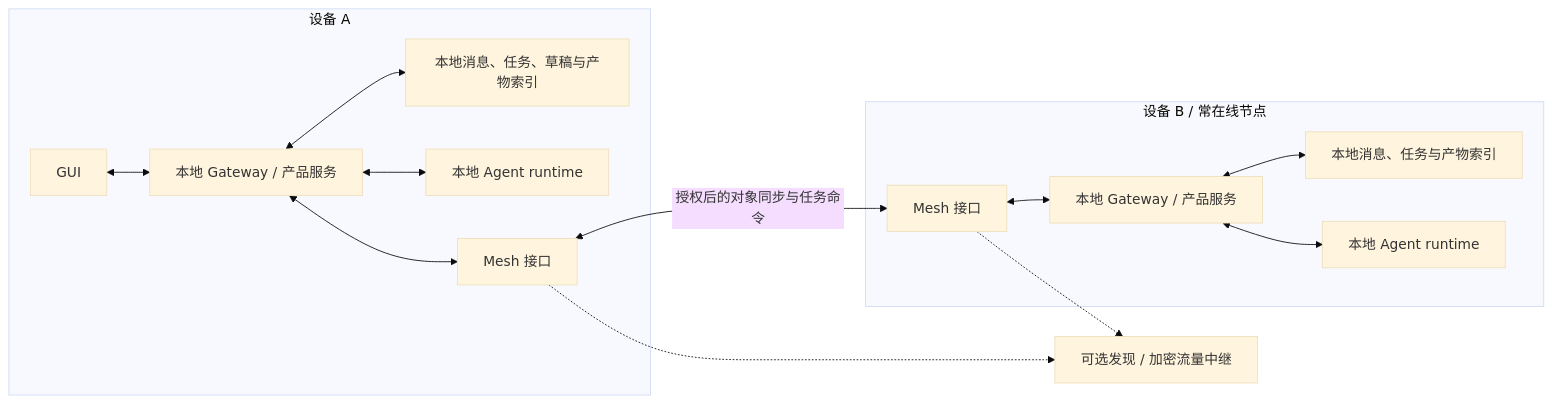
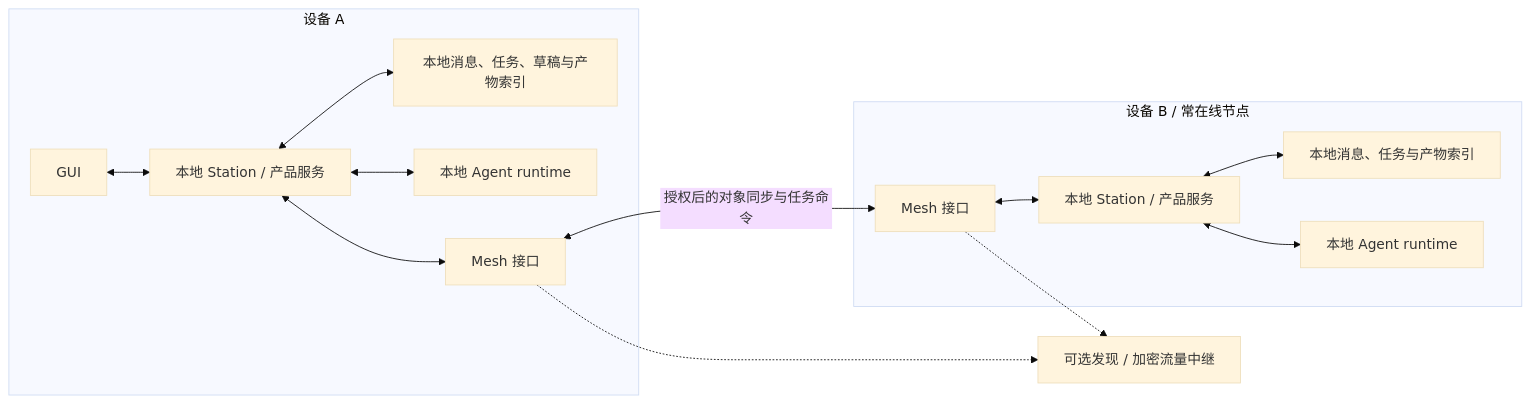
The diagram in docs/local-first-cue.md (HOOLC/open-worker), drawn with Mermaid (base theme) before and after one commit. The commit also changed other lines of this file and 195 other files, not shown here.

Commit message:
Rename Gateway to Station and refresh Zork project identity

````diff
--- a/docs/local-first-cue.md
+++ b/docs/local-first-cue.md
@@ -62,17 +62,17 @@
 ```mermaid
 flowchart LR
   subgraph A[设备 A]
-    UA[GUI] <--> GA[本地 Gateway / 产品服务]
+    UA[GUI] <--> GA[本地 Station / 产品服务]
     GA <--> DA[本地消息、任务、草稿与产物索引]
     GA <--> AA[本地 Agent runtime]
     GA <--> MA[Mesh 接口]
   end
   subgraph B[设备 B / 常在线节点]
-    MB[Mesh 接口] <--> GB[本地 Gateway / 产品服务]
+    MB[Mesh 接口] <--> GB[本地 Station / 产品服务]
     GB <--> DB[本地消息、任务与产物索引]
     GB <--> AB[本地 Agent runtime]
   end
   MA <-->|授权后的对象同步与任务命令| MB
   MA -.-> R[可选发现 / 加密流量中继]
   MB -.-> R
 ```
````
